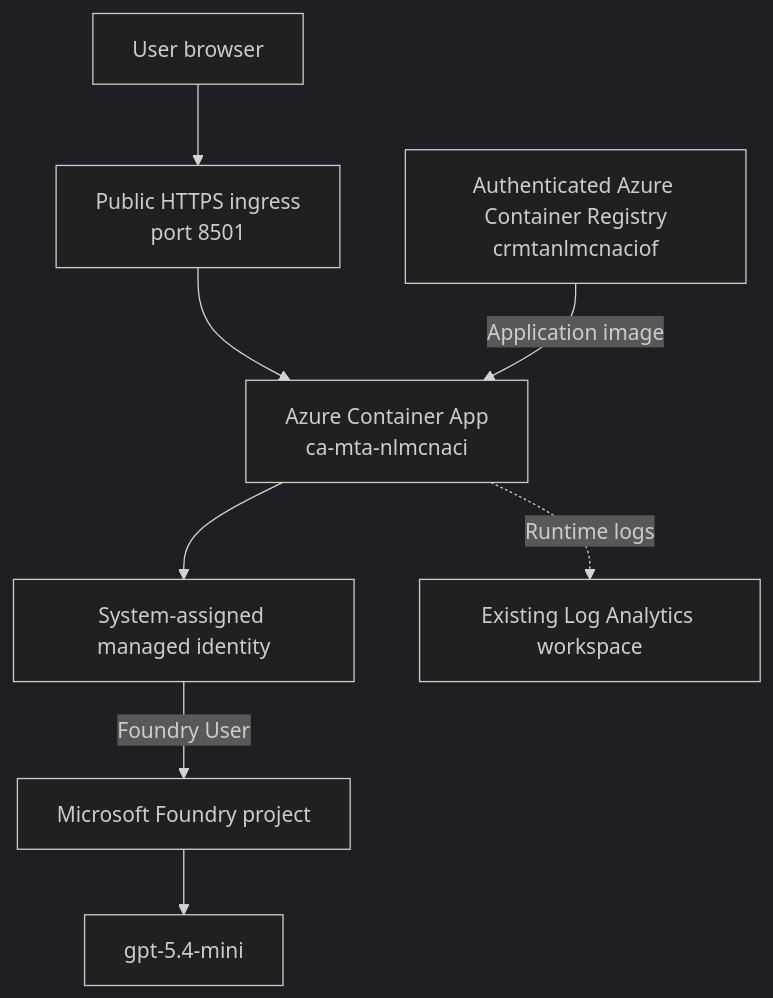
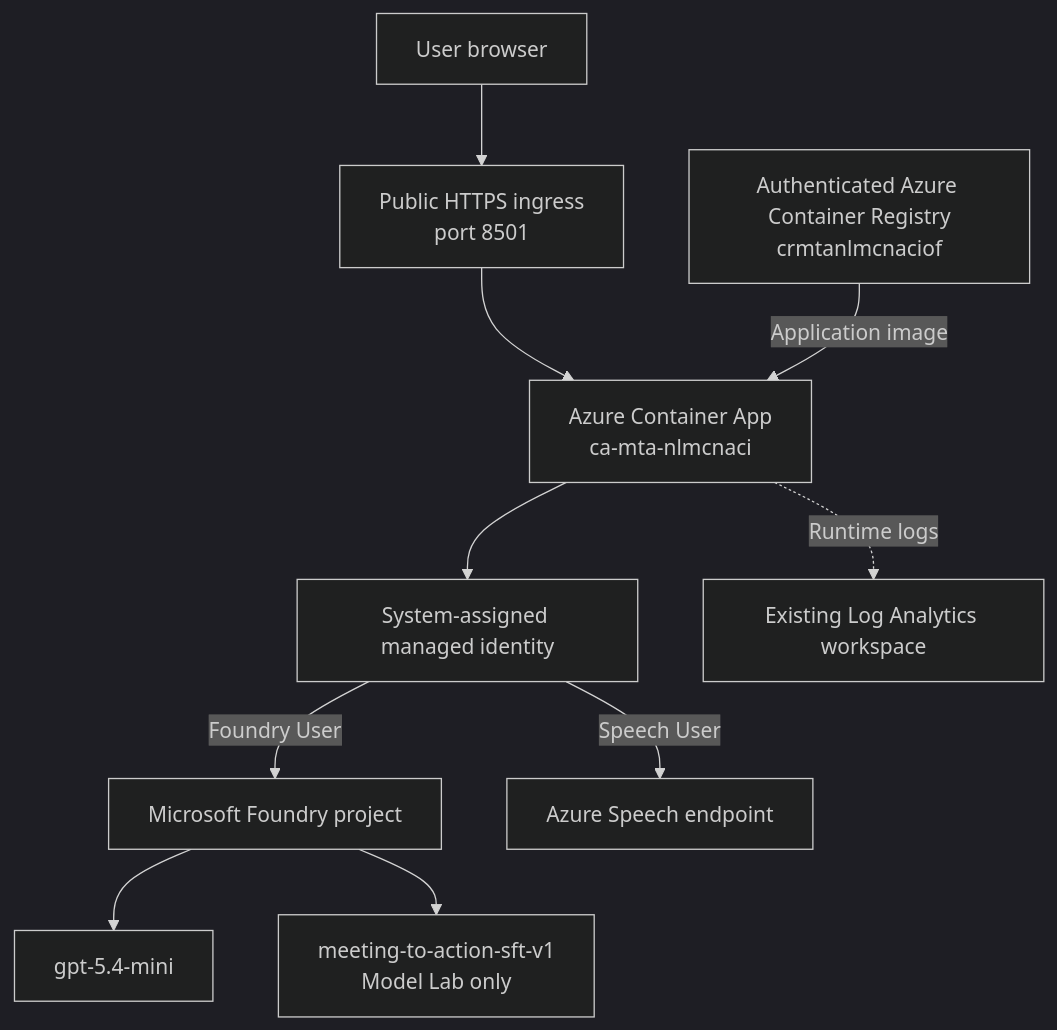
The sixth of 6 diagrams in SYSTEM_DESIGN.md (DeeptiNadkarni/meetingtoactionagent), drawn with Mermaid (dark theme) before and after one commit. The commit also changed other lines of this file and 6 other files, not shown here.

````diff
--- a/SYSTEM_DESIGN.md
+++ b/SYSTEM_DESIGN.md
@@ -479,18 +542,22 @@
 ```mermaid
 flowchart TB
         Browser[User browser]
         Ingress[Public HTTPS ingress\nport 8501]
         Streamlit[Azure Container App\nca-mta-nlmcnaci]
         Identity[System-assigned managed identity]
         ACR[Authenticated Azure Container Registry\ncrmtanlmcnaciof]
     FoundryProject[Microsoft Foundry project]
     Generation[gpt-5.4-mini]
+    Trained[meeting-to-action-sft-v1\nModel Lab only]
+    Speech[Azure Speech endpoint]
         Logs[Existing Log Analytics workspace]
 
         Browser --> Ingress --> Streamlit
         ACR -->|Application image| Streamlit
         Streamlit --> Identity
         Identity -->|Foundry User| FoundryProject
     FoundryProject --> Generation
+    FoundryProject --> Trained
+        Identity -->|Speech User| Speech
         Streamlit -. Runtime logs .-> Logs
 ```
````
